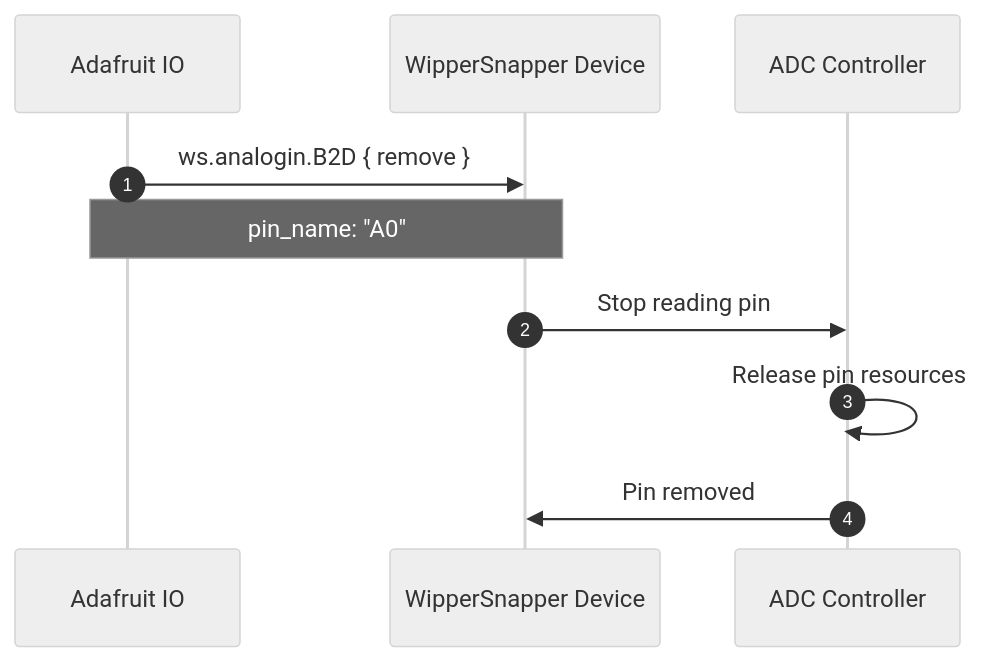
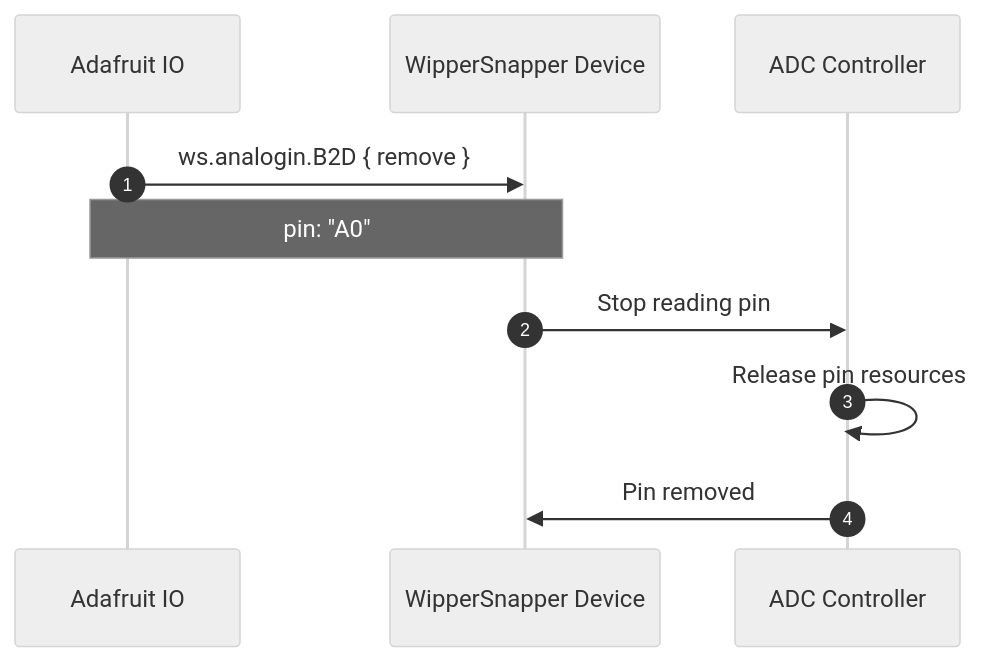
One commit to adafruit/Wippersnapper_Protobuf changed the second of 2 diagrams in proto/wippersnapper/docs/analogio.md. Above: the diagram before and after it, drawn with Mermaid (neutral theme). The commit also changed other lines of this file and 10 other files, not shown here.

Commit message:
rename pin_name to pin everywhere

````diff
--- a/proto/wippersnapper/docs/analogio.md
+++ b/proto/wippersnapper/docs/analogio.md
@@ -60,14 +60,14 @@
 ```mermaid
 sequenceDiagram
 autonumber
 participant IO as Adafruit IO
 participant Device as WipperSnapper Device
 participant ADC as ADC Controller
 
 IO->>Device: ws.analogin.B2D { remove }
-Note over IO,Device: pin_name: "A0"
+Note over IO,Device: pin: "A0"
 
 Device->>ADC: Stop reading pin
 ADC->>ADC: Release pin resources
 ADC->>Device: Pin removed
 ```
````
